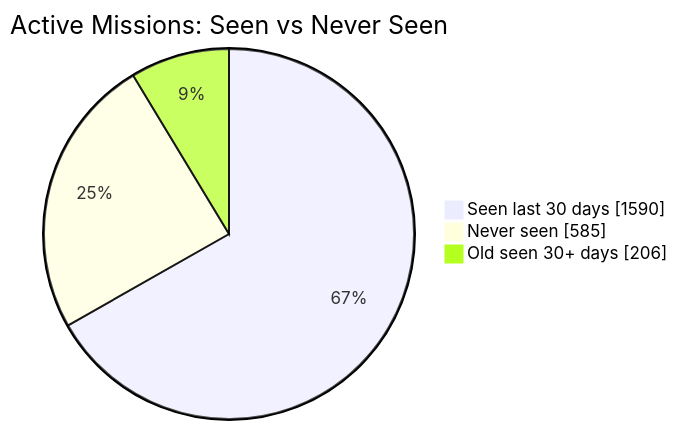
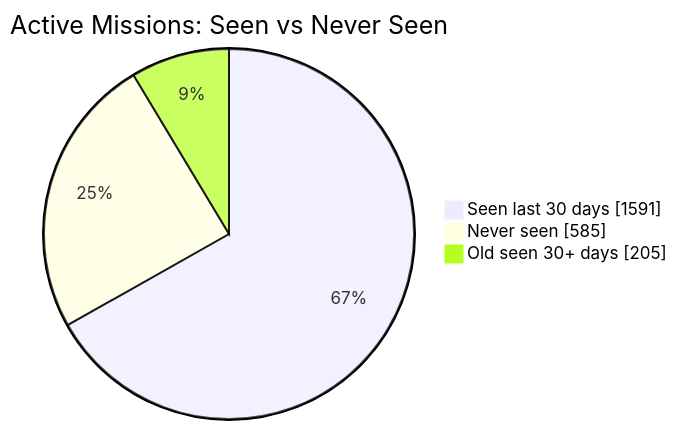
The first of 2 diagrams in README.md (MeldkamerspelGameTeam/active-missions), drawn with Mermaid before and after one commit. The commit also changed other lines of this file and 2 other files, not shown here.

````diff
--- a/README.md
+++ b/README.md
@@ -34,7 +34,7 @@
 ```mermaid
 pie showData
     title Active Missions: Seen vs Never Seen
-    "Seen last 30 days" : 1590
+    "Seen last 30 days" : 1591
     "Never seen" : 585
-    "Old seen 30+ days" : 206
+    "Old seen 30+ days" : 205
 ```
````
